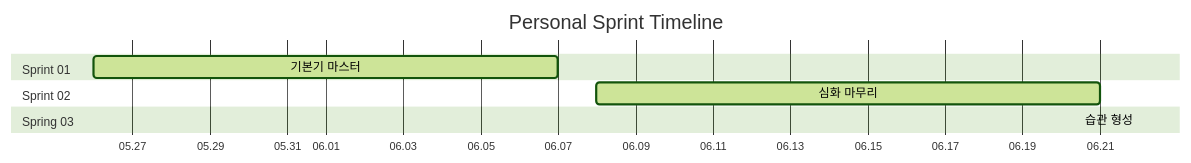
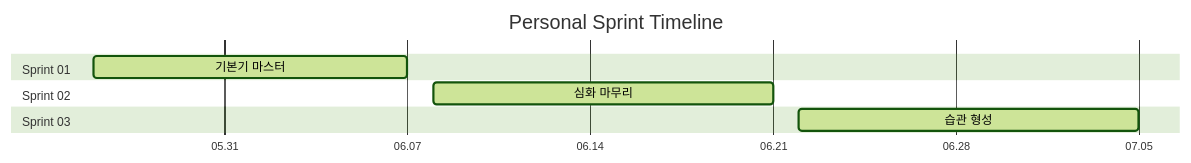
One commit to Vryez11/personal-sprint changed the diagram in README.md. Above: the diagram before and after it, drawn with Mermaid (forest theme). The commit also changed 1 other file, not shown here.

Commit message:
fix: 오타 수정
- 간트 차트 오타 수정
- SPrint03 날짜 오타 수정

````diff
--- a/README.md
+++ b/README.md
@@ -17,12 +17,12 @@
 ```mermaid
 gantt
     title Personal Sprint Timeline
     dateFormat YYYY-MM-DD
     axisFormat %m.%d
     section Sprint 01
     기본기 마스터 :active, s1, 2026-05-26, 2026-06-07
     section Sprint 02
-    심화 마무리 :active, s1, 2026-06-08, 2026-06-21
-    section Spring 03
-    습관 형성 :active, s1, 2026-06-22, 2026-07.05
+    심화 마무리 :active, s2, 2026-06-08, 2026-06-21
+    section Sprint 03
+    습관 형성 :active, s3, 2026-06-22, 2026-07-05
 ```
````
